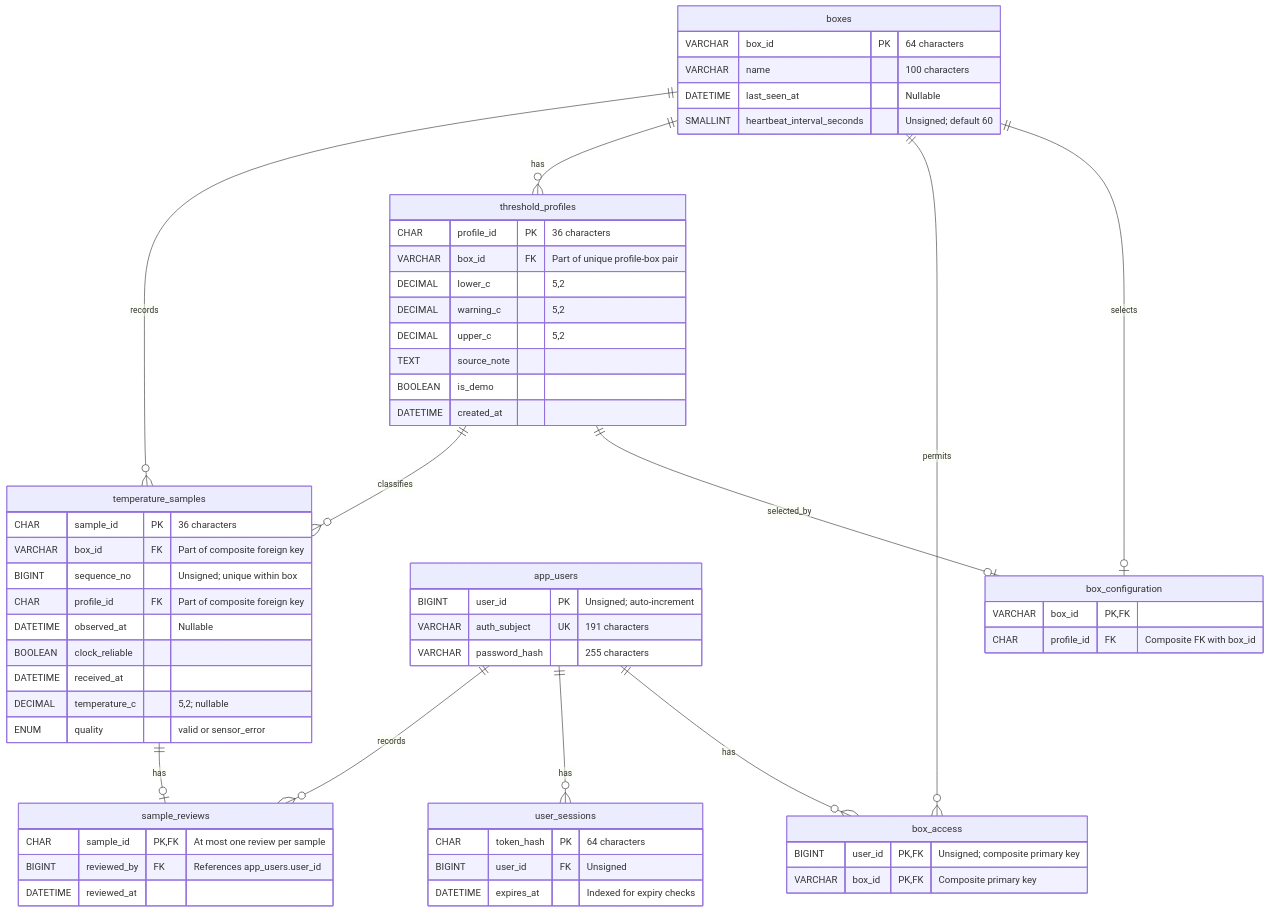
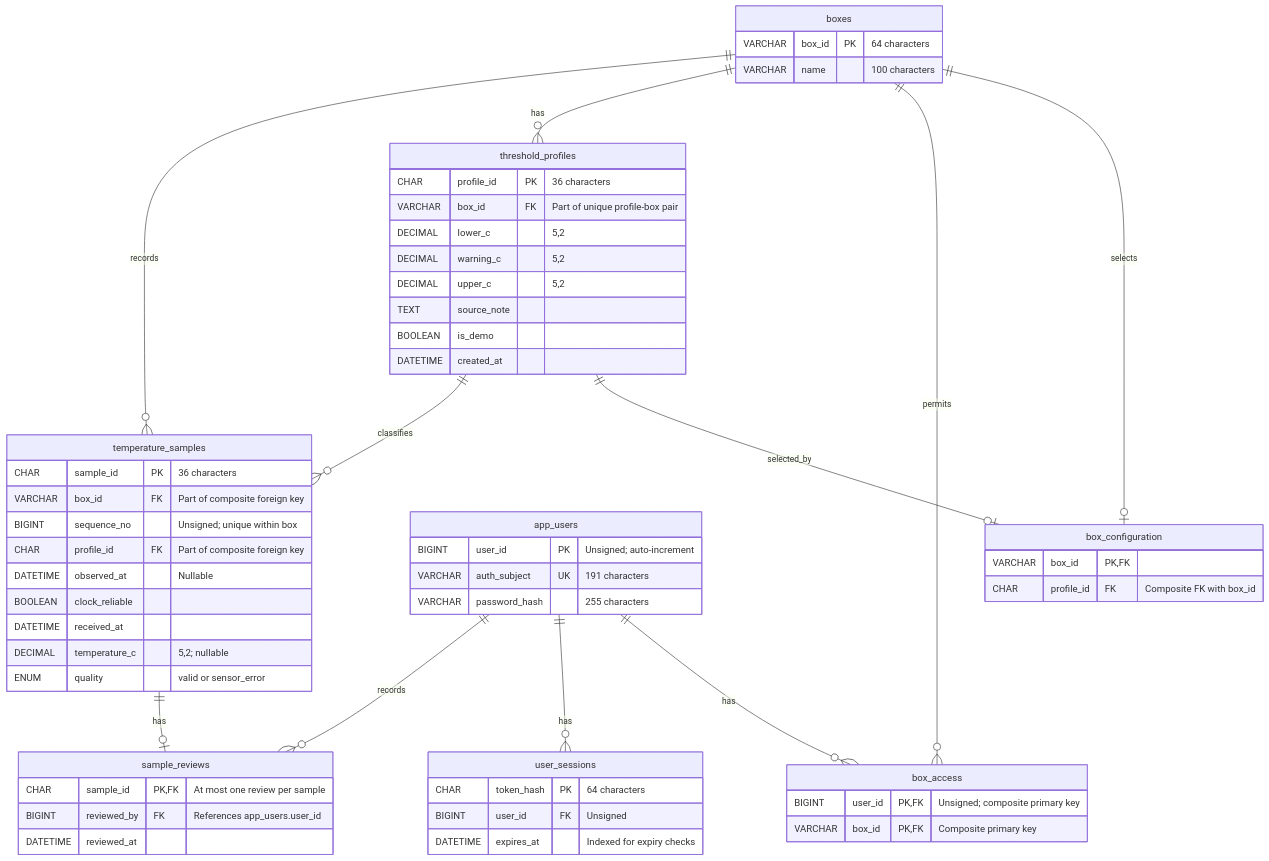
Before and after one commit to nikitsya/TempSafe: the diagram in docs/design/database-erd.md, drawn with Mermaid. The commit also changed 29 other files, not shown here.

````diff
--- a/docs/design/database-erd.md
+++ b/docs/design/database-erd.md
@@ -9,64 +9,62 @@
 ```mermaid
 erDiagram
     boxes ||--o| box_configuration: selects
     threshold_profiles ||--o| box_configuration: selected_by
     app_users ||--o{ box_access: has
     app_users ||--o{ user_sessions: has
     boxes ||--o{ box_access: permits
     boxes ||--o{ threshold_profiles: has
     boxes ||--o{ temperature_samples: records
     threshold_profiles ||--o{ temperature_samples: classifies
     temperature_samples ||--o| sample_reviews: has
     app_users ||--o{ sample_reviews: records
 
     box_configuration {
         VARCHAR box_id PK, FK
         CHAR profile_id FK "Composite FK with box_id"
     }
     app_users {
         BIGINT user_id PK "Unsigned; auto-increment"
         VARCHAR auth_subject UK "191 characters"
         VARCHAR password_hash "255 characters"
     }
     user_sessions {
         CHAR token_hash PK "64 characters"
         BIGINT user_id FK "Unsigned"
         DATETIME expires_at "Indexed for expiry checks"
     }
     boxes {
         VARCHAR box_id PK "64 characters"
         VARCHAR name "100 characters"
-        DATETIME last_seen_at "Nullable"
-        SMALLINT heartbeat_interval_seconds "Unsigned; default 60"
     }
     box_access {
         BIGINT user_id PK, FK "Unsigned; composite primary key"
         VARCHAR box_id PK, FK "Composite primary key"
     }
     threshold_profiles {
         CHAR profile_id PK "36 characters"
         VARCHAR box_id FK "Part of unique profile-box pair"
         DECIMAL lower_c "5,2"
         DECIMAL warning_c "5,2"
         DECIMAL upper_c "5,2"
         TEXT source_note
         BOOLEAN is_demo
         DATETIME created_at
     }
     temperature_samples {
         CHAR sample_id PK "36 characters"
         VARCHAR box_id FK "Part of composite foreign key"
         BIGINT sequence_no "Unsigned; unique within box"
         CHAR profile_id FK "Part of composite foreign key"
         DATETIME observed_at "Nullable"
         BOOLEAN clock_reliable
         DATETIME received_at
         DECIMAL temperature_c "5,2; nullable"
         ENUM quality "valid or sensor_error"
     }
     sample_reviews {
         CHAR sample_id PK, FK "At most one review per sample"
         BIGINT reviewed_by FK "References app_users.user_id"
         DATETIME reviewed_at
     }
 ```
````
